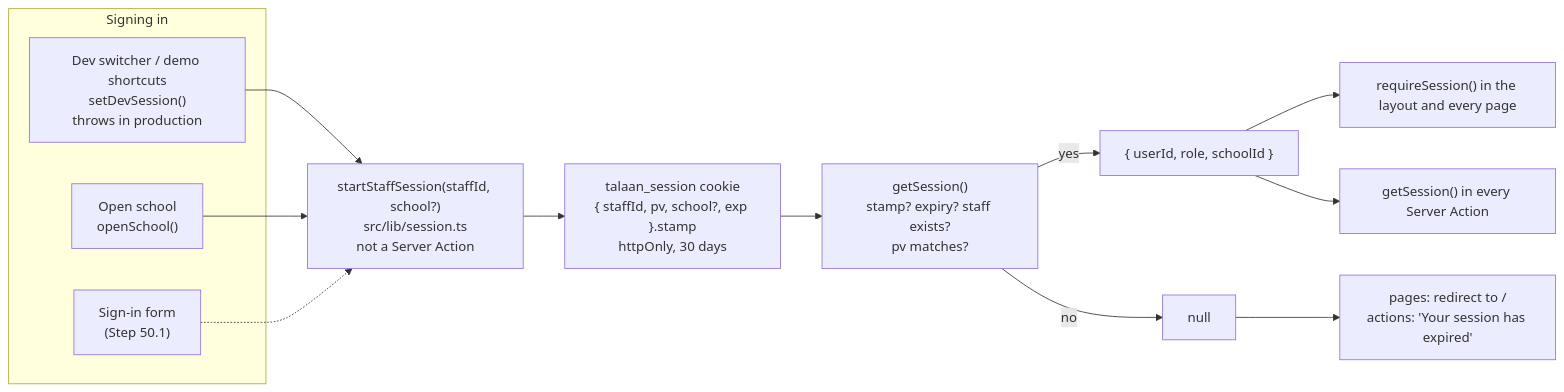
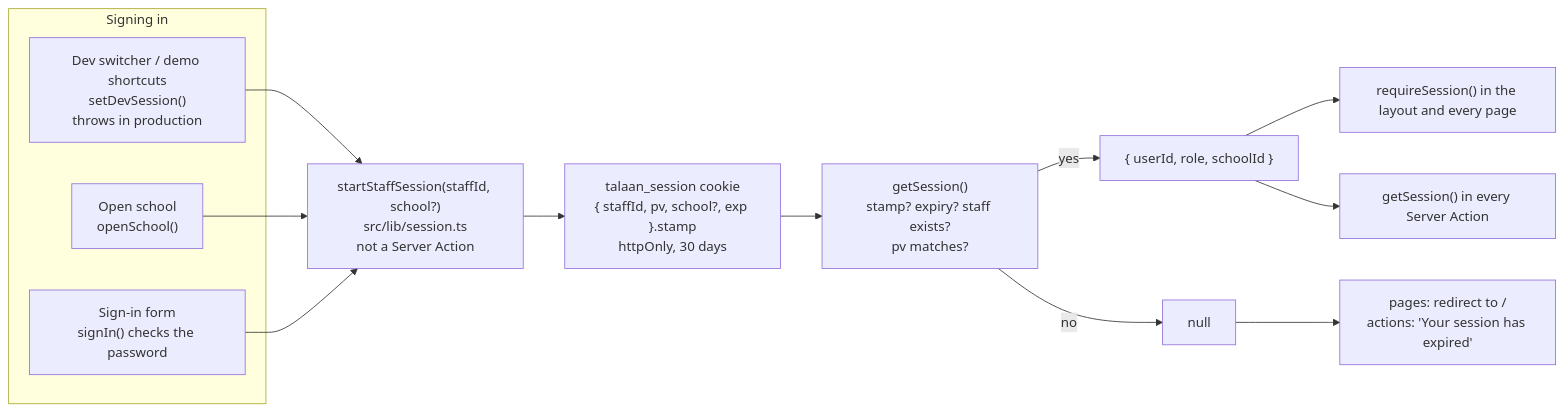
One commit to psmacabulos/talaan changed the first of 2 diagrams in docs/AUTH.md. Above: the diagram before and after it, drawn with Mermaid. The commit also changed other lines of this file and 34 other files, not shown here.

````diff
--- a/docs/AUTH.md
+++ b/docs/AUTH.md
@@ -16,18 +16,18 @@
 ```mermaid
 flowchart LR
     subgraph start["Signing in"]
         Dev["Dev switcher / demo shortcuts<br/>setDevSession()<br/>throws in production"]
         Open["Open school<br/>openSchool()"]
-        Form["Sign-in form<br/>(Step 50.1)"]
+        Form["Sign-in form<br/>signIn() checks the password"]
     end
     Dev --> Start["startStaffSession(staffId, school?)<br/>src/lib/session.ts<br/>not a Server Action"]
     Open --> Start
-    Form -.-> Start
+    Form --> Start
     Start --> Cookie["talaan_session cookie<br/>{ staffId, pv, school?, exp }.stamp<br/>httpOnly, 30 days"]
     Cookie --> Get["getSession()<br/>stamp? expiry? staff exists?<br/>pv matches?"]
     Get -->|yes| Session["{ userId, role, schoolId }"]
     Get -->|no| Null["null"]
     Session --> Pages["requireSession() in the layout and every page"]
     Session --> Actions["getSession() in every Server Action"]
     Null --> Login["pages: redirect to /<br/>actions: 'Your session has expired'"]
 ```
````
